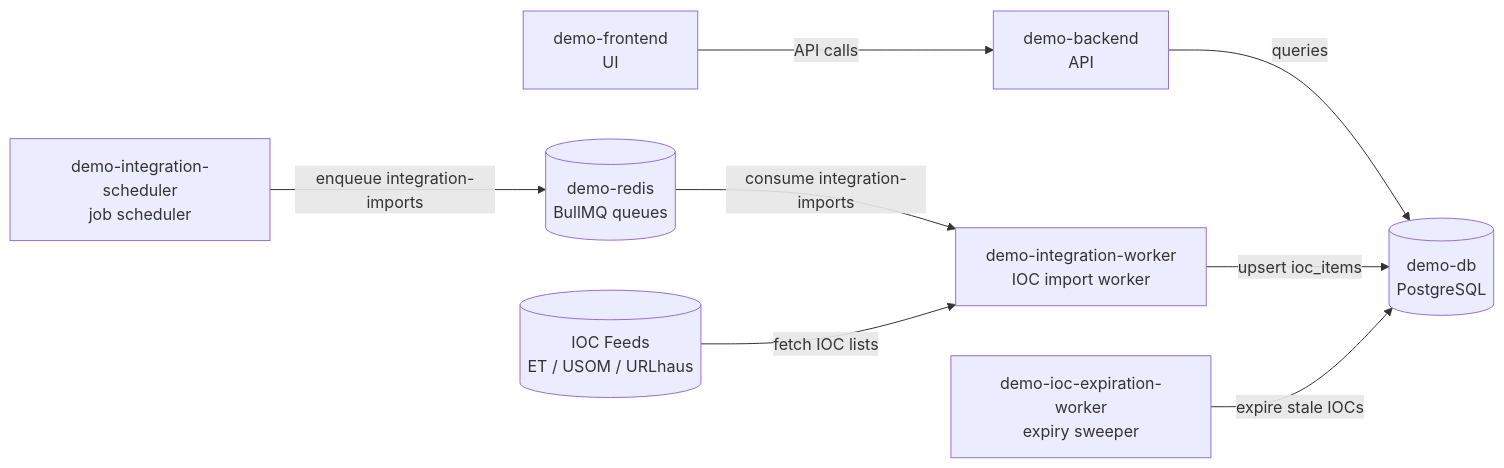
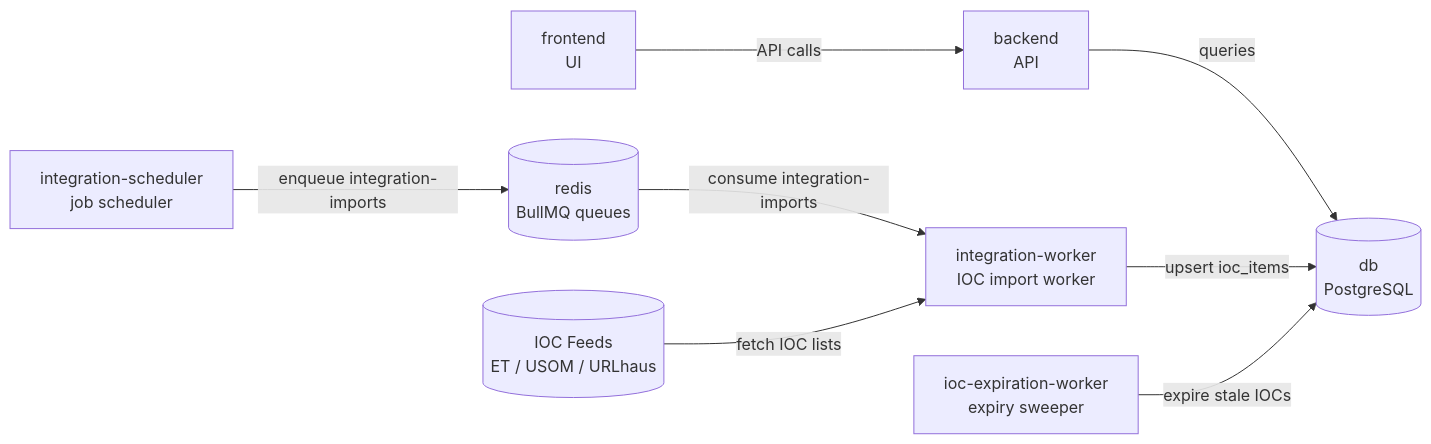
One commit to spatronn/TalonHound changed the first of 2 diagrams in docs/system-diagram.md. Above: the diagram before and after it, drawn with Mermaid. The commit also changed other lines of this file and 5 other files, not shown here.

````diff
--- a/docs/system-diagram.md
+++ b/docs/system-diagram.md
@@ -5,21 +5,21 @@
 ```mermaid
 flowchart LR
-    FE[demo-frontend\nUI]
-    BE[demo-backend\nAPI]
-    R[(demo-redis\nBullMQ queues)]
-    IS[demo-integration-scheduler\njob scheduler]
-    IW[demo-integration-worker\nIOC import worker]
-    EXP[demo-ioc-expiration-worker\nexpiry sweeper]
-    DB[(demo-db\nPostgreSQL)]
+    FE[frontend\nUI]
+    BE[backend\nAPI]
+    R[(redis\nBullMQ queues)]
+    IS[integration-scheduler\njob scheduler]
+    IW[integration-worker\nIOC import worker]
+    EXP[ioc-expiration-worker\nexpiry sweeper]
+    DB[(db\nPostgreSQL)]
     EXT[(IOC Feeds\nET / USOM / URLhaus)]
 
     FE -->|API calls| BE
     BE -->|queries| DB
 
     IS -->|enqueue integration-imports| R
     R -->|consume integration-imports| IW
     EXT -->|fetch IOC lists| IW
     IW -->|upsert ioc_items| DB
 
     EXP -->|expire stale IOCs| DB
 ```
````
